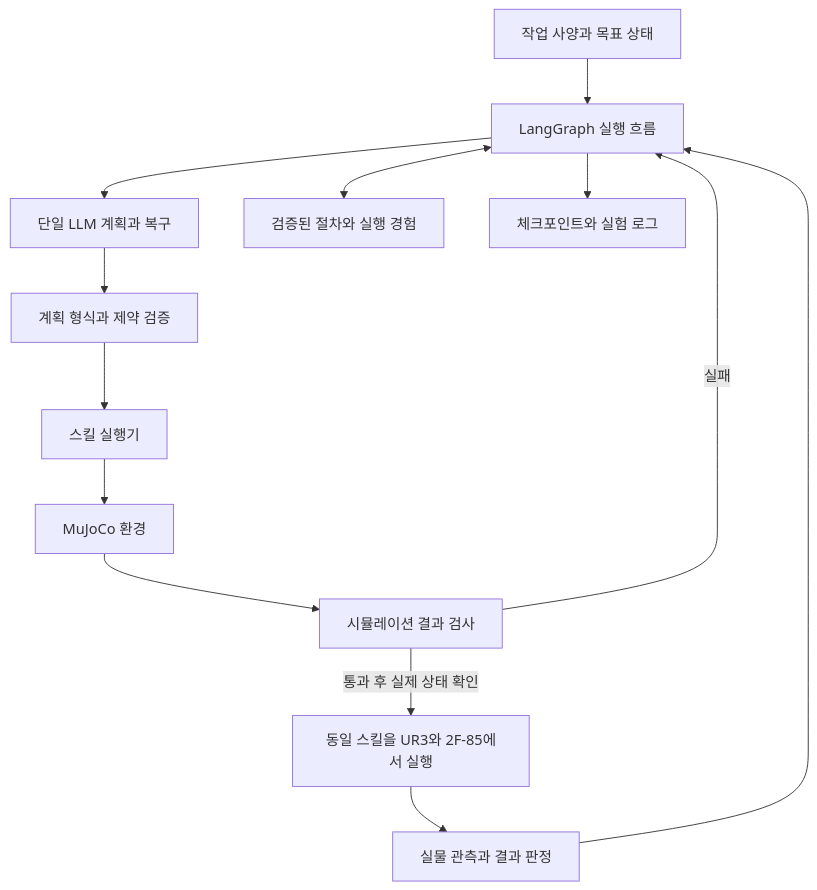
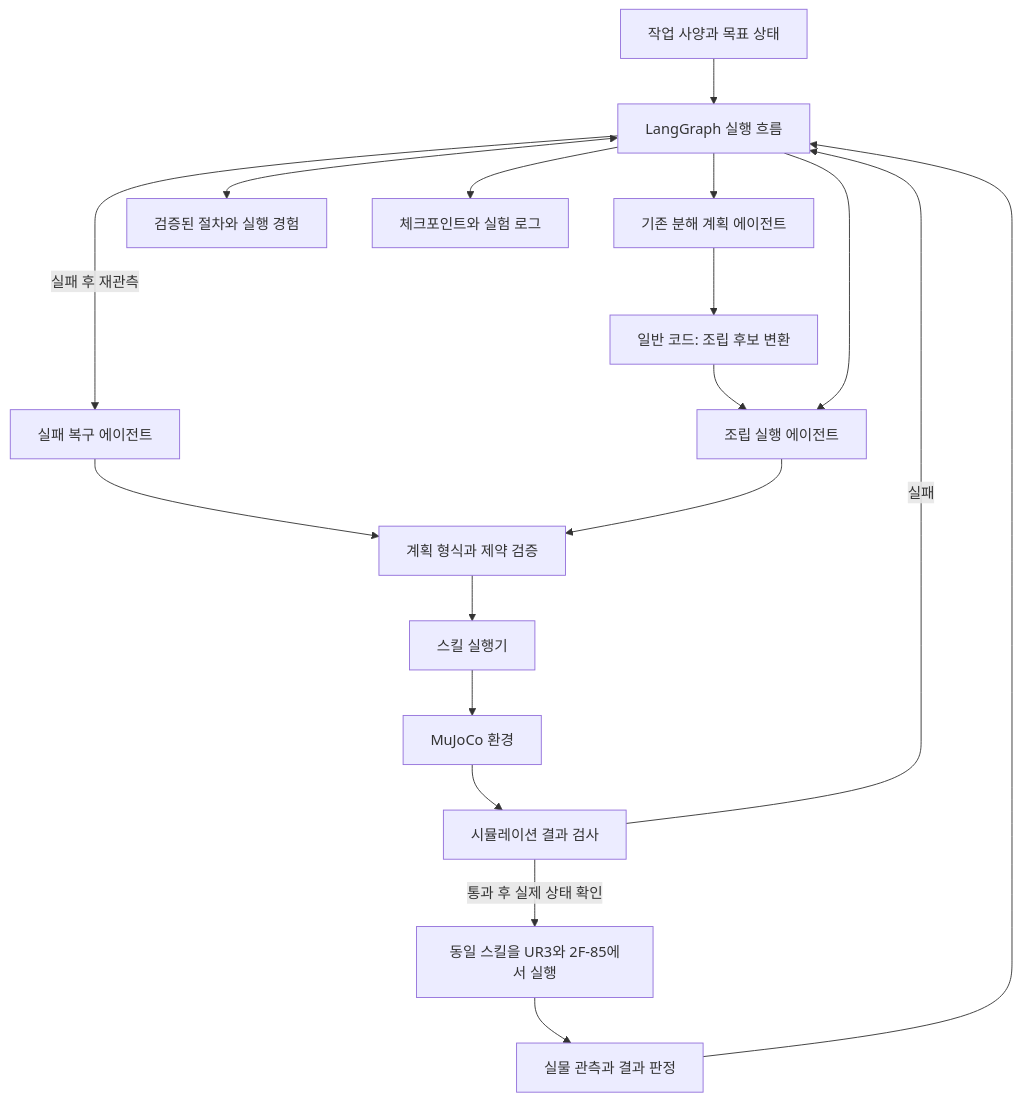
One commit to ramen0519/llm-robot-assembly changed the diagram in docs/PROJECT_PLAN.md. Above: the diagram before and after it, drawn with Mermaid. The commit also changed other lines of this file and 5 other files, not shown here.

Commit message:
Update simulation status, runnable demos and remaining LLM evaluation plan

````diff
--- a/docs/PROJECT_PLAN.md
+++ b/docs/PROJECT_PLAN.md
@@ -60,15 +72,20 @@
 ```mermaid
 flowchart TD
     taskInput["작업 사양과 목표 상태"] --> graphRunner["LangGraph 실행 흐름"]
-    graphRunner --> planner["단일 LLM 계획과 복구"]
+    graphRunner --> productPlanner["기존 분해 계획 에이전트"]
+    productPlanner --> candidateBuilder["일반 코드: 조립 후보 변환"]
+    candidateBuilder --> planner["조립 실행 에이전트"]
+    graphRunner -->|"실패 후 재관측"| recovery["실패 복구 에이전트"]
+    recovery --> planValidator
+    graphRunner --> planner
     planner --> planValidator["계획 형식과 제약 검증"]
     planValidator --> skillExecutor["스킬 실행기"]
     skillExecutor --> simAdapter["MuJoCo 환경"]
     simAdapter --> simCheck["시뮬레이션 결과 검사"]
     simCheck -->|"실패"| graphRunner
     simCheck -->|"통과 후 실제 상태 확인"| realAdapter["동일 스킬을 UR3와 2F-85에서 실행"]
     realAdapter --> observation["실물 관측과 결과 판정"]
     observation --> graphRunner
     graphRunner <--> memory["검증된 절차와 실행 경험"]
     graphRunner --> records["체크포인트와 실험 로그"]
 ```
````
